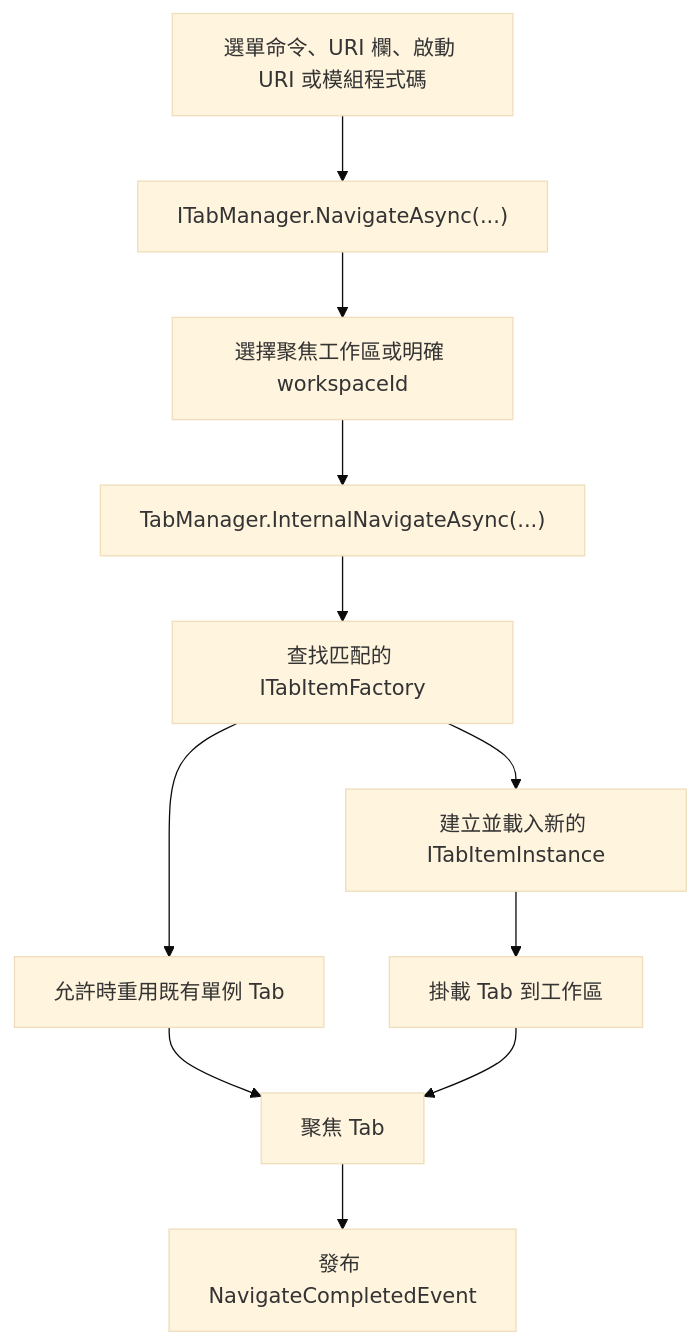
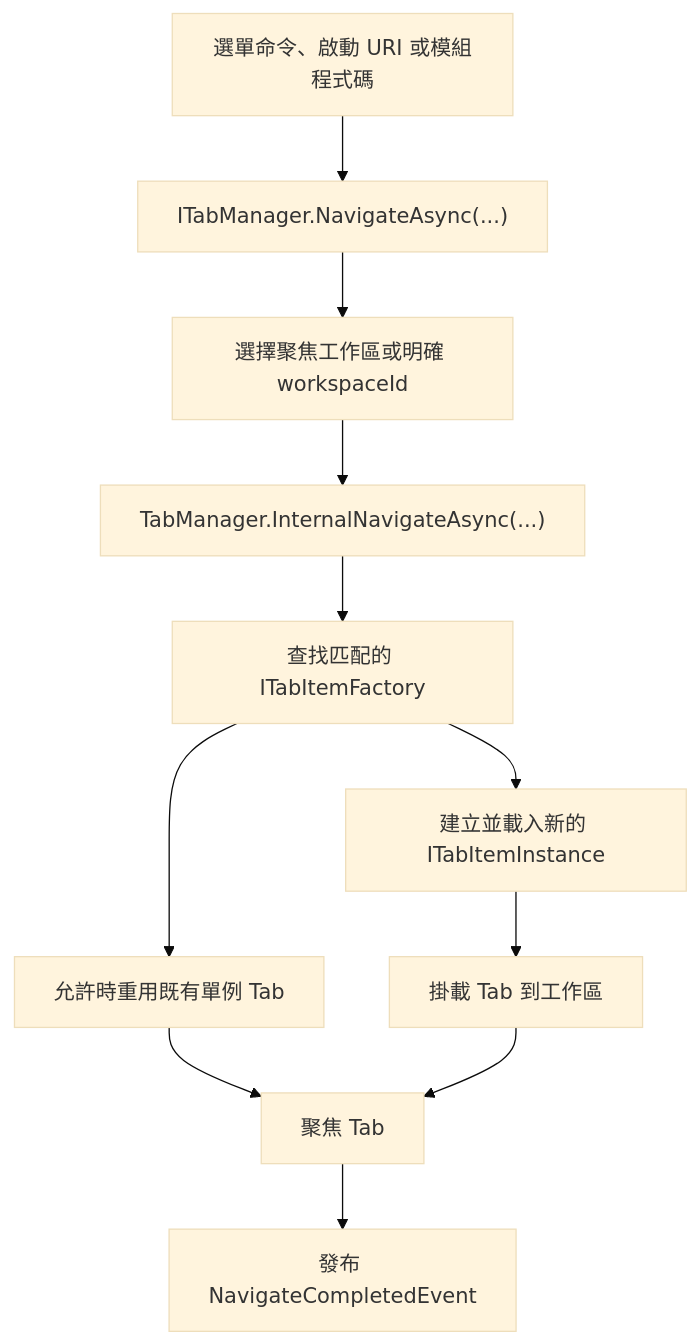
One commit to ZiYuCai1984/ZYC.Framework changed the diagram in docs/navigation-workspace.zh-TW.md. Above: the diagram before and after it, drawn with Mermaid (base theme). The commit also changed other lines of this file and 69 other files, not shown here.

````diff
--- a/docs/navigation-workspace.zh-TW.md
+++ b/docs/navigation-workspace.zh-TW.md
@@ -27,13 +27,13 @@
 ```mermaid
 graph TD
-    A["選單命令、URI 欄、啟動 URI 或模組程式碼"] --> B["ITabManager.NavigateAsync(...)"]
+    A["選單命令、啟動 URI 或模組程式碼"] --> B["ITabManager.NavigateAsync(...)"]
     B --> C["選擇聚焦工作區或明確 workspaceId"]
     C --> D["TabManager.InternalNavigateAsync(...)"]
     D --> E["查找匹配的 ITabItemFactory"]
     E --> F["允許時重用既有單例 Tab"]
     E --> G["建立並載入新的 ITabItemInstance"]
     G --> H["掛載 Tab 到工作區"]
     F --> I["聚焦 Tab"]
     H --> I
     I --> J["發布 NavigateCompletedEvent"]
 ```
````
